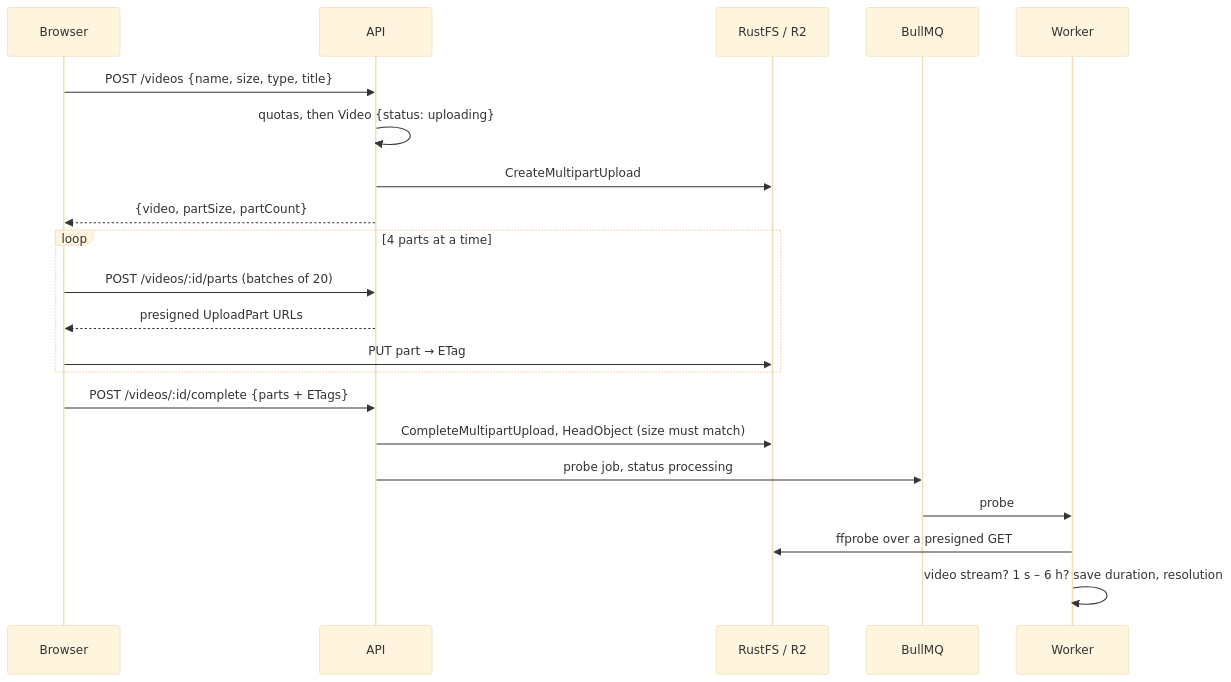
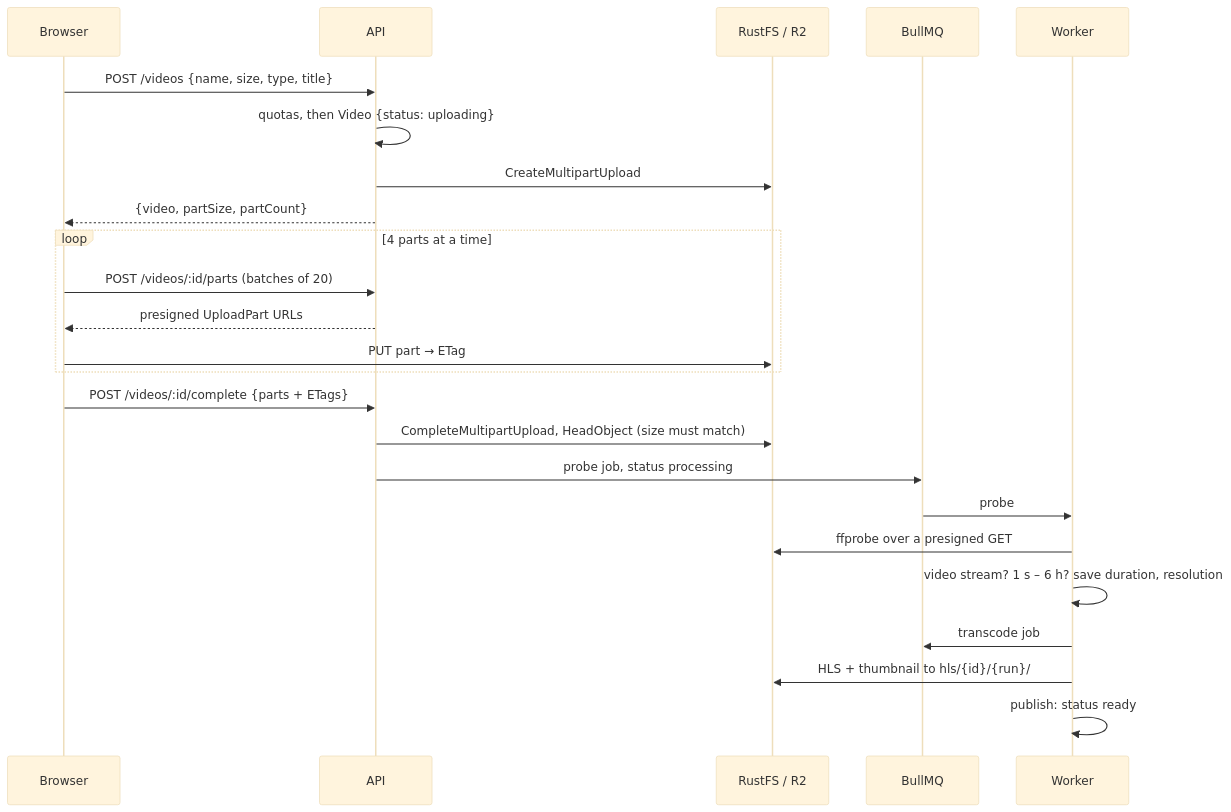
Before and after one commit to Labib000/reelstack-ai-video-platform: the second of 3 diagrams in README.md, drawn with Mermaid (base theme). The commit also changed other lines of this file and 38 other files, not shown here.

````diff
--- a/README.md
+++ b/README.md
@@ -157,23 +162,26 @@
 ```mermaid
 sequenceDiagram
     participant B as Browser
     participant A as API
     participant S as RustFS / R2
     participant Q as BullMQ
     participant W as Worker
     B->>A: POST /videos {name, size, type, title}
     A->>A: quotas, then Video {status: uploading}
     A->>S: CreateMultipartUpload
     A-->>B: {video, partSize, partCount}
     loop 4 parts at a time
         B->>A: POST /videos/:id/parts (batches of 20)
         A-->>B: presigned UploadPart URLs
         B->>S: PUT part → ETag
     end
     B->>A: POST /videos/:id/complete {parts + ETags}
     A->>S: CompleteMultipartUpload, HeadObject (size must match)
     A->>Q: probe job, status processing
     Q->>W: probe
     W->>S: ffprobe over a presigned GET
     W->>W: video stream? 1 s – 6 h? save duration, resolution
+    W->>Q: transcode job
+    W->>S: HLS + thumbnail to hls/{id}/{run}/
+    W->>W: publish: status ready
 ```
````
